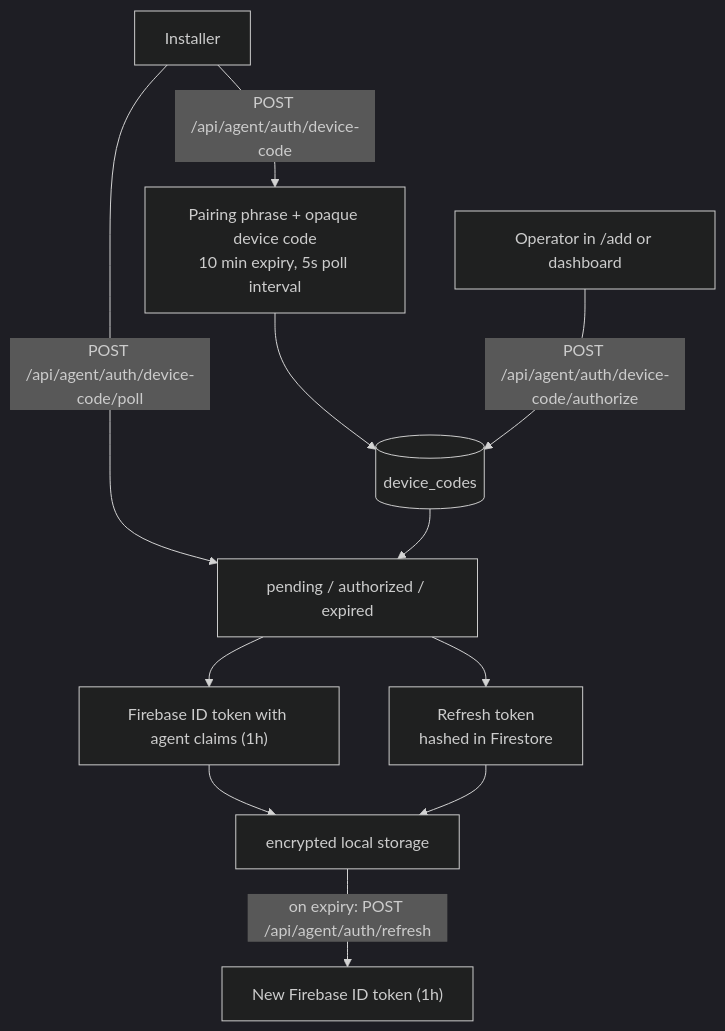
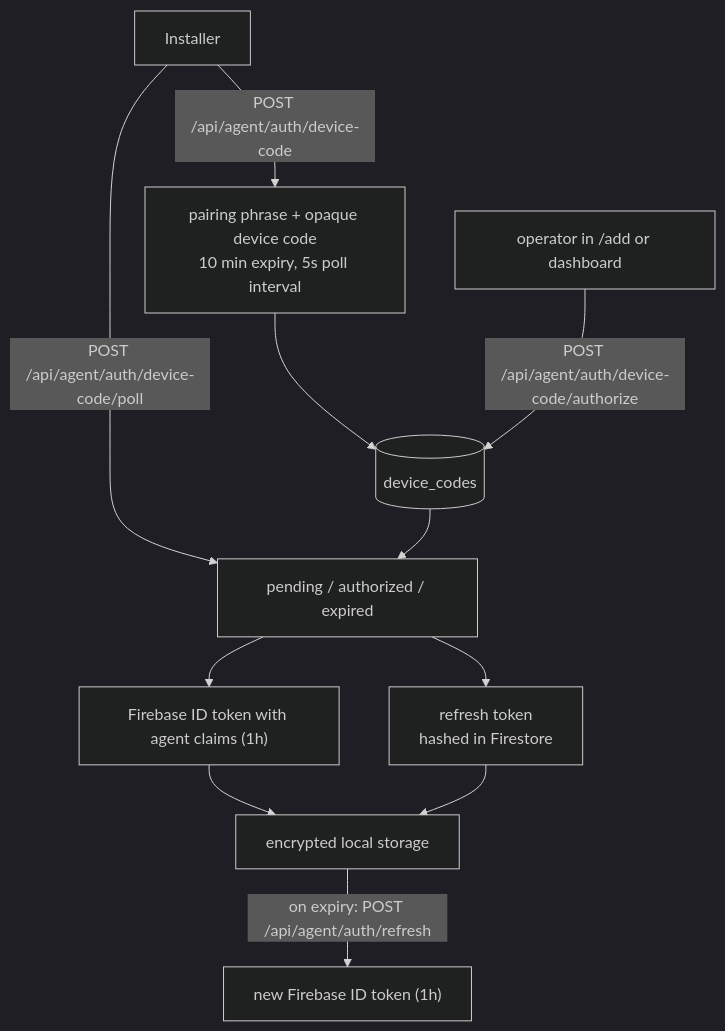
Before and after one commit to tridant-io/owlette: the seventh of 11 diagrams in web/content/docs/architecture.mdx, drawn with Mermaid (dark theme). The commit also changed other lines of this file and 98 other files, not shown here.

````diff
--- a/web/content/docs/architecture.mdx
+++ b/web/content/docs/architecture.mdx
@@ -219,13 +324,13 @@
 ```mermaid
 flowchart TD
-    Installer -->|"POST /api/agent/auth/device-code"| DeviceCode["Pairing phrase + opaque device code\n10 min expiry, 5s poll interval"]
+    Installer -->|"POST /api/agent/auth/device-code"| DeviceCode["pairing phrase + opaque device code\n10 min expiry, 5s poll interval"]
     DeviceCode --> Codes[("device_codes")]
-    User["Operator in /add or dashboard"] -->|"POST /api/agent/auth/device-code/authorize"| Codes
+    User["operator in /add or dashboard"] -->|"POST /api/agent/auth/device-code/authorize"| Codes
     Installer -->|"POST /api/agent/auth/device-code/poll"| Poll["pending / authorized / expired"]
     Codes --> Poll
     Poll --> AT["Firebase ID token with agent claims (1h)"]
-    Poll --> RT["Refresh token\nhashed in Firestore"]
+    Poll --> RT["refresh token\nhashed in Firestore"]
     AT --> Store["encrypted local storage"]
     RT --> Store
-    Store -->|"on expiry: POST /api/agent/auth/refresh"| NewAT["New Firebase ID token (1h)"]
+    Store -->|"on expiry: POST /api/agent/auth/refresh"| NewAT["new Firebase ID token (1h)"]
 ```
````
